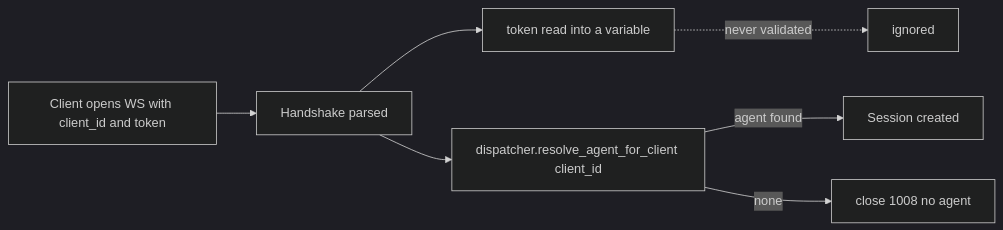
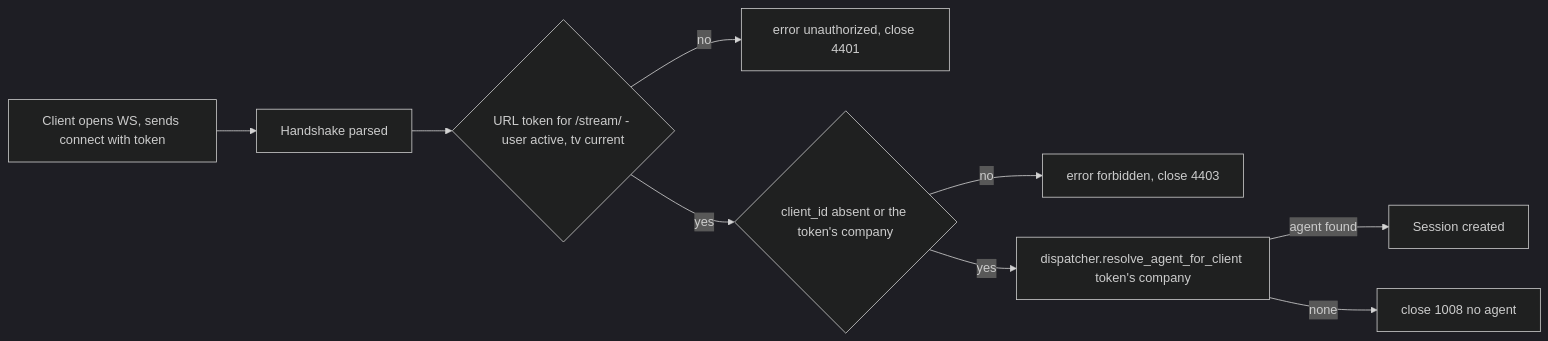
The third of 14 diagrams in docs/current/13-gateway-and-realtime.md (gondolerahul/hire-buddha-app), drawn with Mermaid (dark theme) before and after one commit. The commit also changed other lines of this file and 11 other files, not shown here.

First line of the commit message:
fix(gateway): a live audio or video socket opens only with a stream token (GW-04)

````diff
--- a/docs/current/13-gateway-and-realtime.md
+++ b/docs/current/13-gateway-and-realtime.md
@@ -312,9 +316,11 @@
 ```mermaid
 flowchart LR
-    C["Client opens WS with client_id and token"] --> H["Handshake parsed"]
-    H --> T["token read into a variable"]
-    T -.never validated.-> X["ignored"]
-    H --> RA["dispatcher.resolve_agent_for_client client_id"]
+    C["Client opens WS, sends connect with token"] --> H["Handshake parsed"]
+    H --> T{"URL token for /stream/ - user active, tv current"}
+    T -->|no| R401["error unauthorized, close 4401"]
+    T -->|yes| CID{"client_id absent or the token's company"}
+    CID -->|no| R403["error forbidden, close 4403"]
+    CID -->|yes| RA["dispatcher.resolve_agent_for_client token's company"]
     RA -->|agent found| OK["Session created"]
     RA -->|none| CLOSE["close 1008 no agent"]
 ```
````
